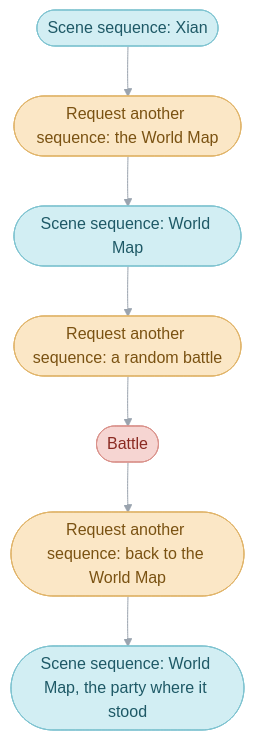
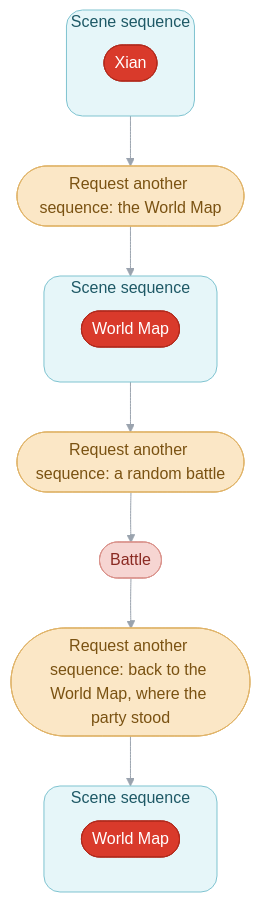
One commit to PascalPixel/alchemy changed the fourth of 8 diagrams in games/tbs/README.md. Above: the diagram before and after it, drawn with Mermaid. The commit also changed other lines of this file, not shown here.

````diff
--- a/games/tbs/README.md
+++ b/games/tbs/README.md
@@ -70,17 +116,31 @@
 ```mermaid
 %%{init: {"theme": "base", "themeVariables": {"lineColor": "#9AA3AE", "edgeLabelBackground": "#FFFFFF"}, "flowchart": {"curve": "basis", "padding": 12}}}%%
 flowchart TD
-  xian(["Scene sequence: Xian"]) --> ask1(["Request another sequence: the World Map"])
-  ask1 --> world(["Scene sequence: World Map"]) --> ask2(["Request another sequence: a random battle"])
-  ask2 --> battle(["Battle"]) --> ask3(["Request another sequence: back to the World Map"])
-  ask3 --> again(["Scene sequence: World Map, the party where it stood"])
+  subgraph s1 ["Scene sequence"]
+    xian(["Xian"])
+  end
+  s1 --> ask1(["Request another sequence: the World Map"])
+  ask1 --> s2
+  subgraph s2 ["Scene sequence"]
+    world(["World Map"])
+  end
+  s2 --> ask2(["Request another sequence: a random battle"])
+  ask2 --> battle(["Battle"]) --> ask3(["Request another sequence: back to the World Map, where the party stood"])
+  ask3 --> s3
+  subgraph s3 ["Scene sequence"]
+    again(["World Map"])
+  end
   classDef sequenceManager fill:#DDE3EC,stroke:#8FA0B8,color:#2E3C50
   classDef sceneSequence fill:#D2EEF3,stroke:#7FC3D0,color:#1E5966
   classDef battle fill:#F6D5D2,stroke:#D9928B,color:#8A2A22
   classDef sceneManager fill:#D3EBD9,stroke:#8DC49E,color:#25603A
   classDef request fill:#FBE7C6,stroke:#E0B46A,color:#7A5212
+  classDef place fill:#D93A2B,stroke:#B02A1D,color:#FFFFFF
   classDef step fill:#F4F4F2,stroke:#CFCFCB,color:#3A3A38
-  class xian,world,again sceneSequence
+  class xian,world,again place
   class ask1,ask2,ask3 request
   class battle battle
+  style s1 fill:#E6F6F9,stroke:#7FC3D0,color:#1E5966,rx:16,ry:16
+  style s2 fill:#E6F6F9,stroke:#7FC3D0,color:#1E5966,rx:16,ry:16
+  style s3 fill:#E6F6F9,stroke:#7FC3D0,color:#1E5966,rx:16,ry:16
 ```
````
